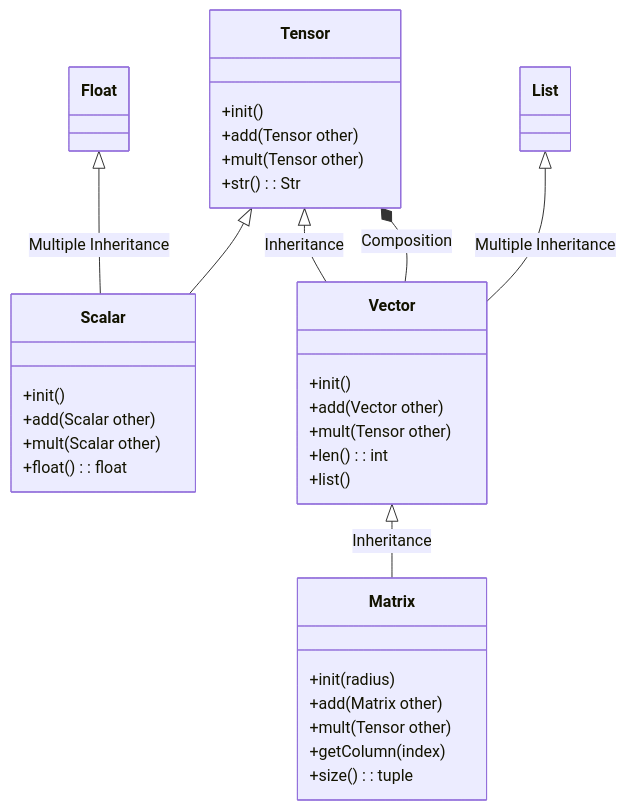
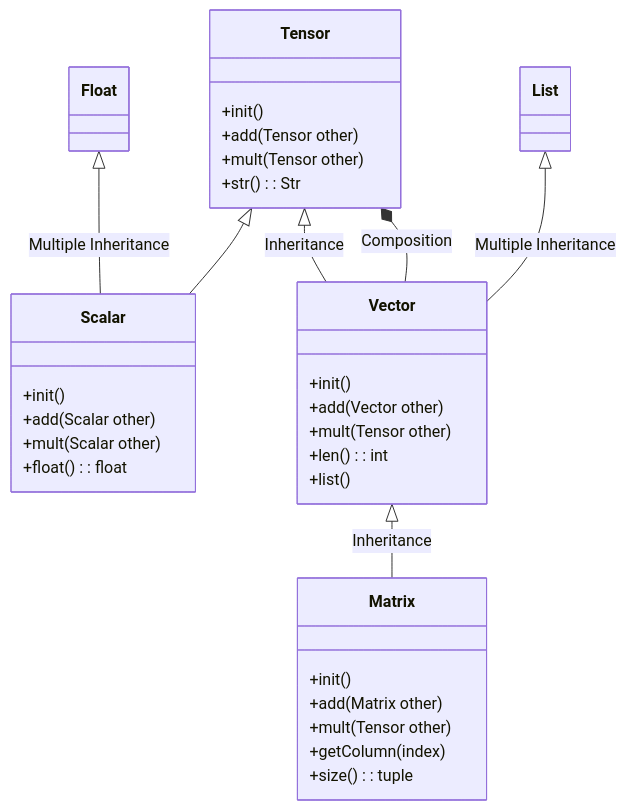
One commit to ElviravdVen/TINLABML_22-23 changed the diagram in diagrams/tensors.md. Above: the diagram before and after it, drawn with Mermaid.

Commit message:
Minor change

````diff
--- a/diagrams/tensors.md
+++ b/diagrams/tensors.md
@@ -1,39 +1,39 @@
 ```mermaid
 classDiagram
     Tensor <|-- Scalar 
     Tensor <|-- Vector : Inheritance
     Vector --* Tensor : Composition
     Float <|-- Scalar : Multiple Inheritance
     List <|-- Vector : Multiple Inheritance
     Vector <|-- Matrix : Inheritance
 
     class Tensor {
         +init() 
         +add(Tensor other) 
         +mult(Tensor other)
         +str(): Str
     }
 
     class Scalar {
         +init()
         +add(Scalar other)
         +mult(Scalar other)
         +float(): float
     }
 
     class Vector {
         +init()
         +add(Vector other)
         +mult(Tensor other)
         +len(): int
         +list()
     }
 
     class Matrix {
-        +init(radius)
+        +init()
         +add(Matrix other)
         +mult(Tensor other)
         +getColumn(index)
         +size(): tuple
     }
 ```
````
